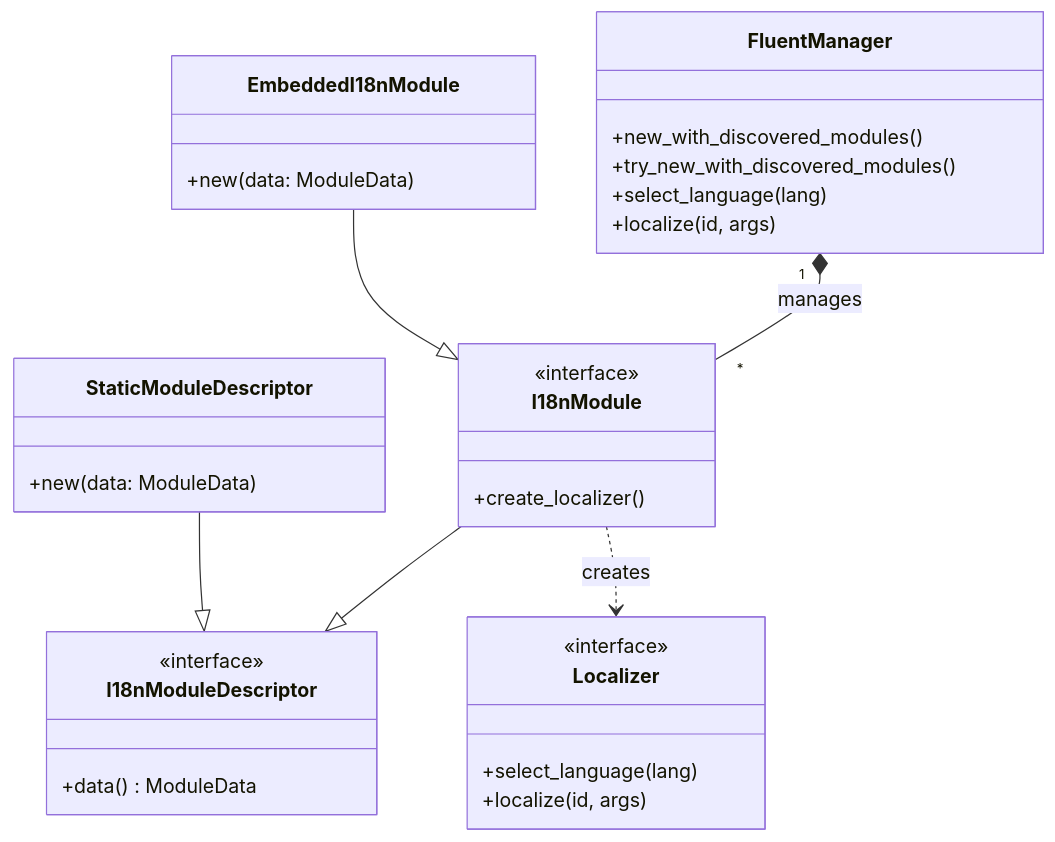
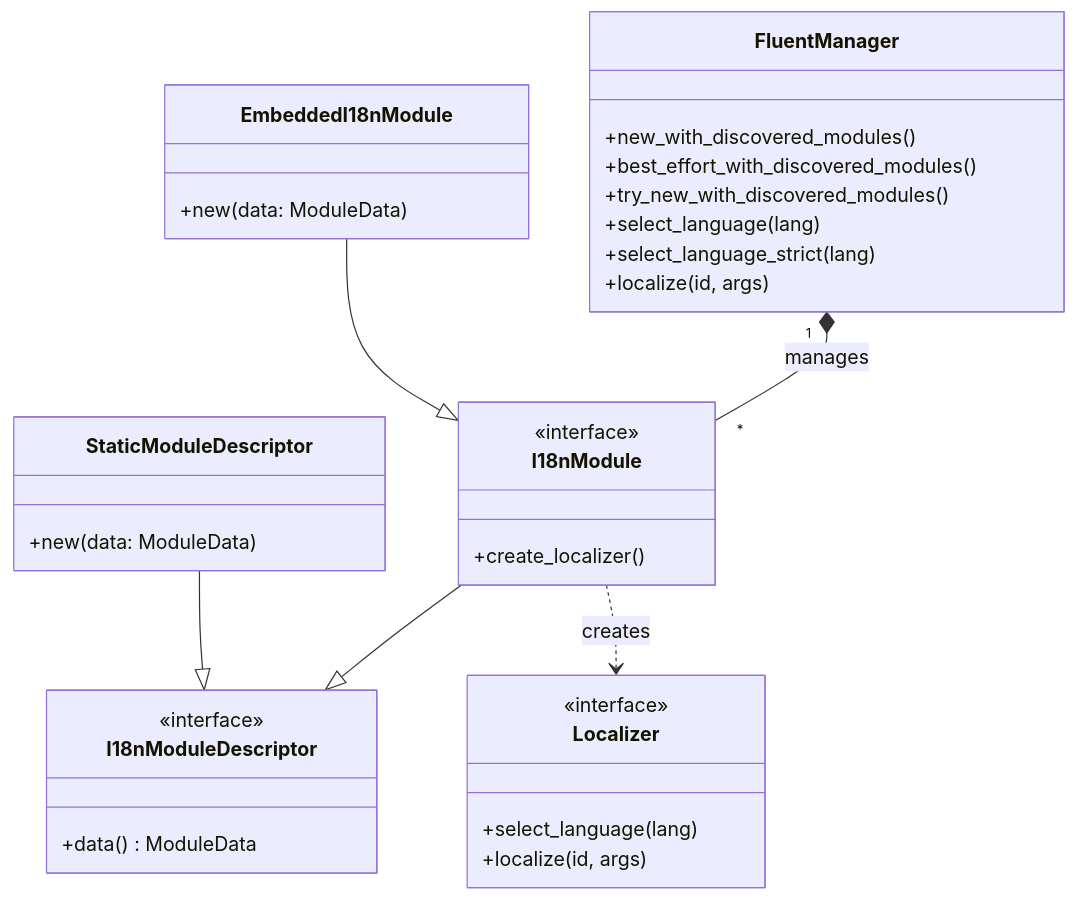
One commit to stayhydated/es-fluent changed the diagram in crates/es-fluent-manager-core/docs/ARCHITECTURE.md. Above: the diagram before and after it, drawn with Mermaid. The commit also changed other lines of this file and 31 other files, not shown here.

````diff
--- a/crates/es-fluent-manager-core/docs/ARCHITECTURE.md
+++ b/crates/es-fluent-manager-core/docs/ARCHITECTURE.md
@@ -13,39 +13,41 @@
 ```mermaid
 classDiagram
     class FluentManager {
         +new_with_discovered_modules()
+        +best_effort_with_discovered_modules()
         +try_new_with_discovered_modules()
         +select_language(lang)
+        +select_language_strict(lang)
         +localize(id, args)
     }
 
     class I18nModuleDescriptor {
         <<interface>>
         +data() ModuleData
     }
 
     class I18nModule {
         <<interface>>
         +create_localizer()
     }
 
     class Localizer {
         <<interface>>
         +select_language(lang)
         +localize(id, args)
     }
 
     class StaticModuleDescriptor {
         +new(data: ModuleData)
     }
 
     class EmbeddedI18nModule {
         +new(data: ModuleData)
     }
 
     I18nModule --|> I18nModuleDescriptor
     FluentManager "1" *-- "*" I18nModule : manages
     I18nModule ..> Localizer : creates
     StaticModuleDescriptor --|> I18nModuleDescriptor
     EmbeddedI18nModule --|> I18nModule
 ```
````
